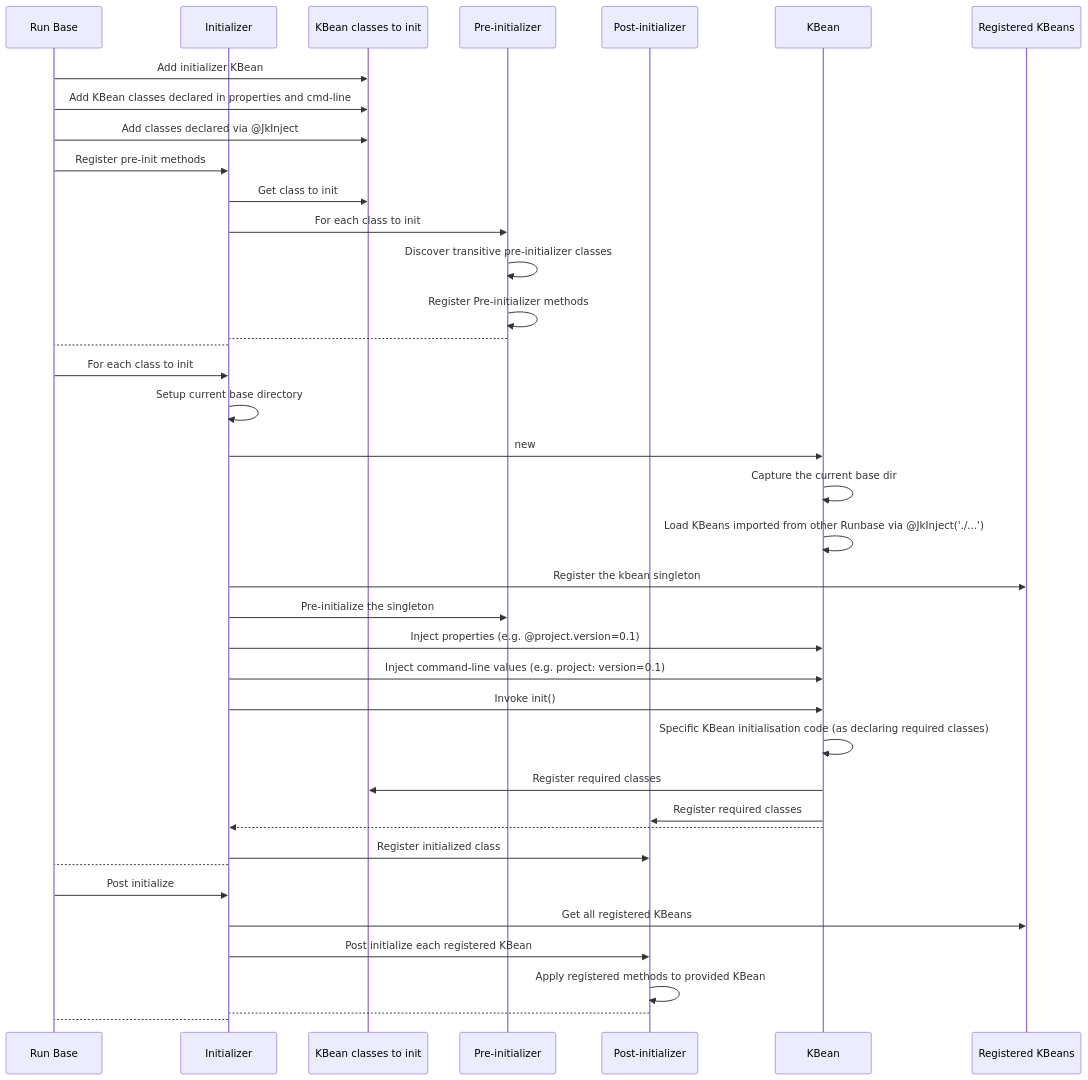
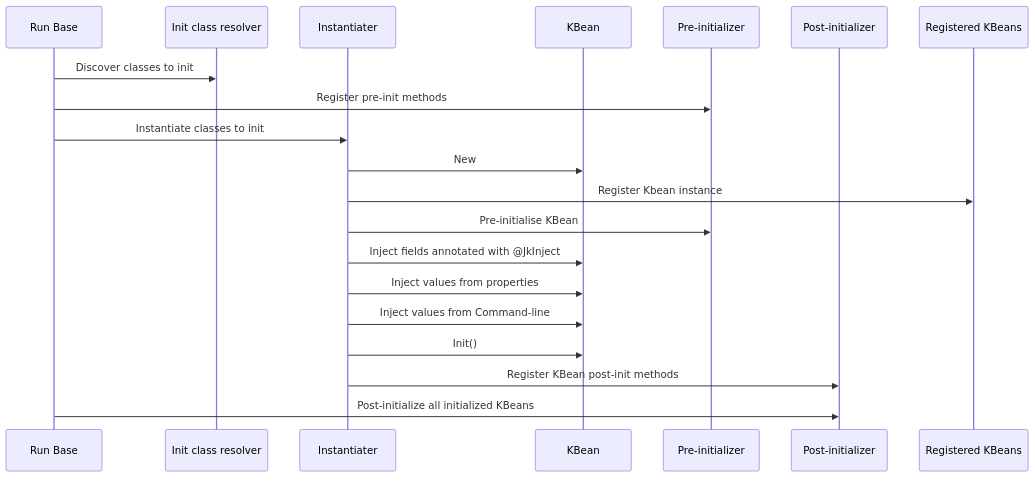
One commit to jeka-dev/jeka changed the first of 3 diagrams in docs/reference/kbeans.md. Above: the diagram before and after it, drawn with Mermaid. The commit also changed other lines of this file and 36 other files, not shown here.

````diff
--- a/docs/reference/kbeans.md
+++ b/docs/reference/kbeans.md
@@ -421,43 +334,23 @@
 ```mermaid
 sequenceDiagram
     participant RB as Run Base
-    participant IN as Initializer
-    participant CI as KBean classes to init
+    participant IN as Init class resolver
+    participant IT as Instantiater
+    participant KB as KBean
     participant PR as Pre-initializer
     participant PO as Post-initializer
-    participant KB as KBean
     participant RK as Registered KBeans
 
-    RB->>CI:  Add initializer KBean
-    RB->>CI:  Add KBean classes declared in properties and cmd-line
-    RB->>CI:  Add classes declared via @JkInject 
-    RB->>IN:  Register pre-init methods
-    IN->>CI:  Get class to init
-    IN->>PR:  For each class to init
-    PR->>PR:  Discover transitive pre-initializer classes
-    PR->>PR:  Register Pre-initializer methods
-    PR-->IN:  
-    IN-->RB:  
-    RB->>IN:  For each class to init
-    IN->>IN:  Setup current base directory
-    IN->>KB:  new
-    KB->>KB:  Capture the current base dir
-    KB->>KB:  Load KBeans imported from other Runbase via @JkInject('./...')
-    IN->>RK:  Register the kbean singleton
-    IN->>PR:  Pre-initialize the singleton
-    IN->>KB:  Inject properties (e.g. @project.version=0.1)
-    IN->>KB:  Inject command-line values  (e.g. project: version=0.1)
-    IN->>KB:  Invoke init()
-    KB->>KB:  Specific KBean initialisation code (as declaring required classes)
-    KB->>CI:  Register required classes
-    KB->>PO:  Register required classes
-    KB-->>IN:  
-    IN->>PO:  Register initialized class
-    IN-->RB: 
-    RB->>IN:  Post initialize
-    IN->>RK:  Get all registered KBeans
-    IN->>PO:  Post initialize each registered KBean
-    PO->>PO:  Apply registered methods to provided KBean
-    PO-->IN:  
-    IN-->RB:  
+    RB->>IN:  Discover classes to init
+    RB->>PR:  Register pre-init methods
+    RB->>IT:  Instantiate classes to init
+    IT->>KB:  New
+    IT->>RK:  Register Kbean instance
+    IT->>PR:  Pre-initialise KBean
+    IT->>KB:  Inject fields annotated with @JkInject
+    IT->>KB:  Inject values from properties
+    IT->>KB:  Inject values from Command-line
+    IT->>KB:  Init()
+    IT->>PO:  Register KBean post-init methods
+    RB->>PO:  Post-initialize all initialized KBeans
 ```
````
